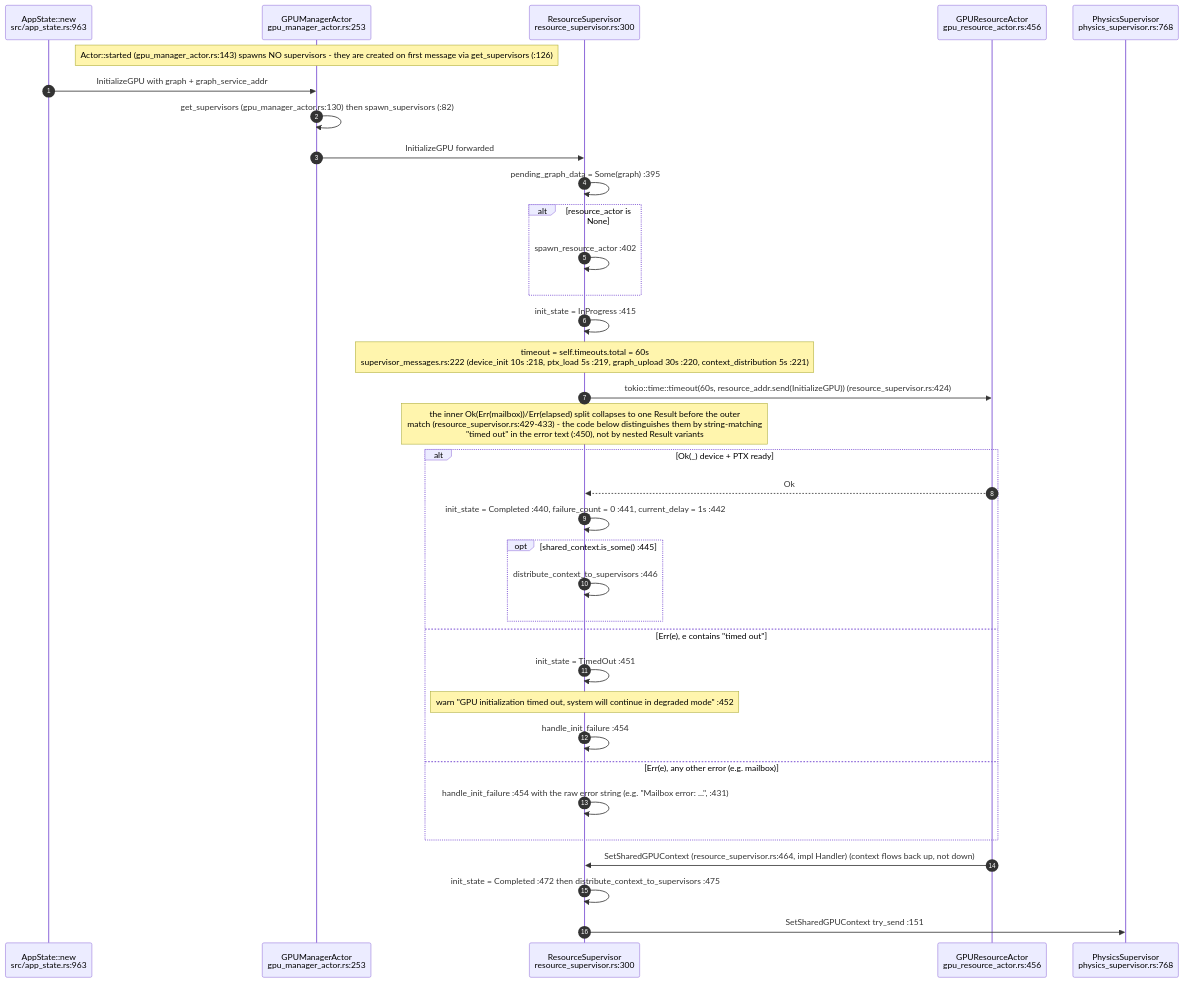
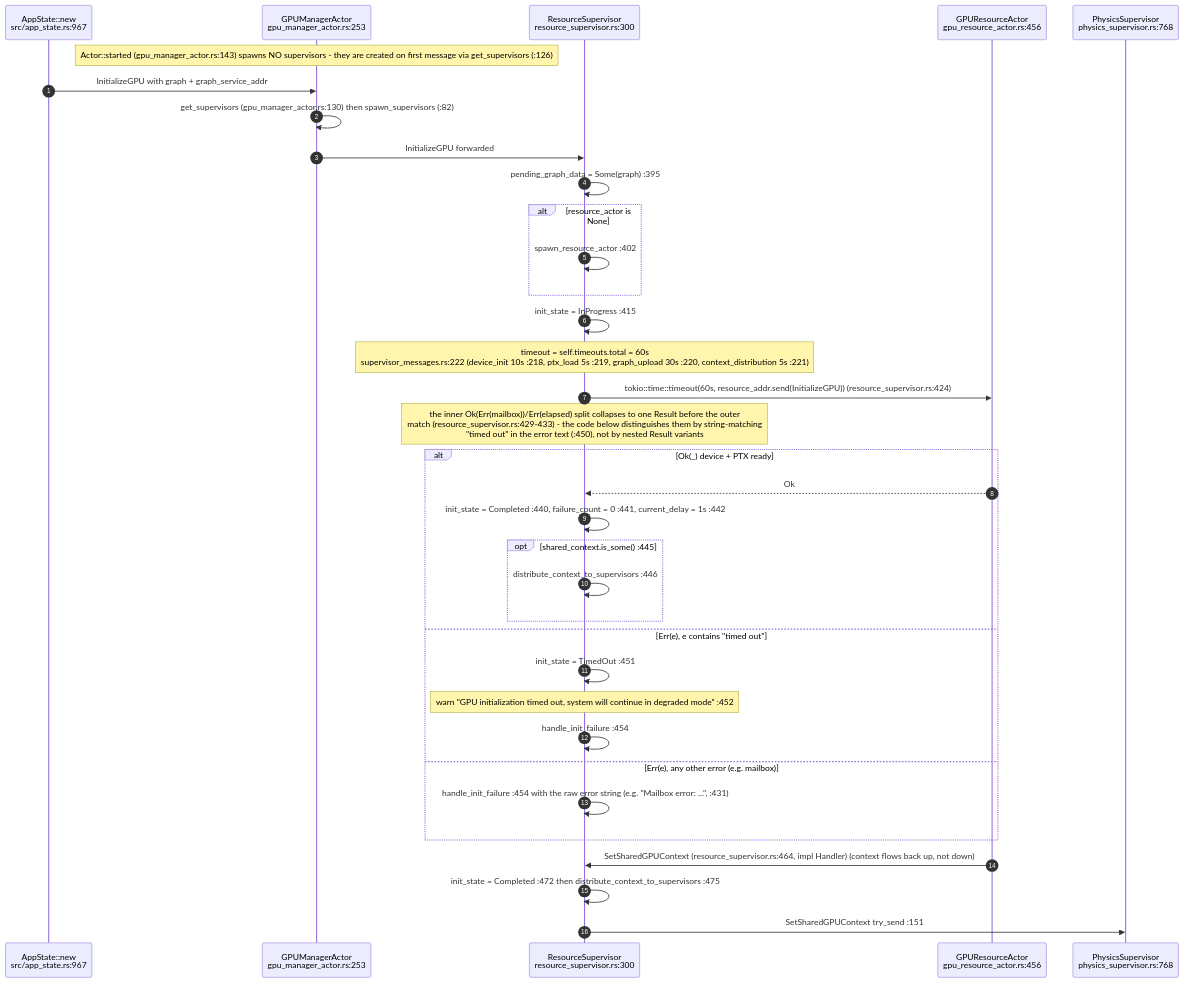
Before and after one commit to DreamLab-AI/VisionFlow: the second of 7 diagrams in docs/diagrams/visionclaw/10-gpu-supervision-and-context-bus.md, drawn with Mermaid. The commit also changed other lines of this file and 136 other files, not shown here.

First line of the commit message:
docs(diagrams): refresh the whole corpus to code HEAD and prune low-value diagrams

````diff
--- a/docs/diagrams/visionclaw/10-gpu-supervision-and-context-bus.md
+++ b/docs/diagrams/visionclaw/10-gpu-supervision-and-context-bus.md
@@ -86,38 +86,38 @@
 ```mermaid
 sequenceDiagram
     autonumber
-    participant APP as AppState::new<br/>src/app_state.rs:963
+    participant APP as AppState::new<br/>src/app_state.rs:967
     participant GM as GPUManagerActor<br/>gpu_manager_actor.rs:253
     participant RS as ResourceSupervisor<br/>resource_supervisor.rs:300
     participant GRA as GPUResourceActor<br/>gpu_resource_actor.rs:456
     participant PS as PhysicsSupervisor<br/>physics_supervisor.rs:768
 
     Note over GM: Actor::started (gpu_manager_actor.rs:143) spawns NO supervisors - they are created on first message via get_supervisors (:126)
     APP->>GM: InitializeGPU with graph + graph_service_addr
     GM->>GM: get_supervisors (gpu_manager_actor.rs:130) then spawn_supervisors (:82)
     GM->>RS: InitializeGPU forwarded
     RS->>RS: pending_graph_data = Some(graph) :395
     alt resource_actor is None
         RS->>RS: spawn_resource_actor :402
     end
     RS->>RS: init_state = InProgress :415
     Note over RS: timeout = self.timeouts.total = 60s<br/>supervisor_messages.rs:222 (device_init 10s :218, ptx_load 5s :219, graph_upload 30s :220, context_distribution 5s :221)
     RS->>GRA: tokio::time::timeout(60s, resource_addr.send(InitializeGPU)) (resource_supervisor.rs:424)
     Note over RS: the inner Ok(Err(mailbox))/Err(elapsed) split collapses to one Result before the outer<br/>match (resource_supervisor.rs:429-433) - the code below distinguishes them by string-matching<br/>"timed out" in the error text (:450), not by nested Result variants
     alt Ok(_) device + PTX ready
         GRA-->>RS: Ok
         RS->>RS: init_state = Completed :440, failure_count = 0 :441, current_delay = 1s :442
         opt shared_context.is_some() :445
             RS->>RS: distribute_context_to_supervisors :446
         end
     else Err(e), e contains "timed out"
         RS->>RS: init_state = TimedOut :451
         Note over RS: warn "GPU initialization timed out, system will continue in degraded mode" :452
         RS->>RS: handle_init_failure :454
     else Err(e), any other error (e.g. mailbox)
         RS->>RS: handle_init_failure :454 with the raw error string (e.g. "Mailbox error: ...", :431)
     end
     GRA->>RS: SetSharedGPUContext (resource_supervisor.rs:464, impl Handler) (context flows back up, not down)
     RS->>RS: init_state = Completed :472 then distribute_context_to_supervisors :475
     RS->>PS: SetSharedGPUContext try_send :151
 ```
````
